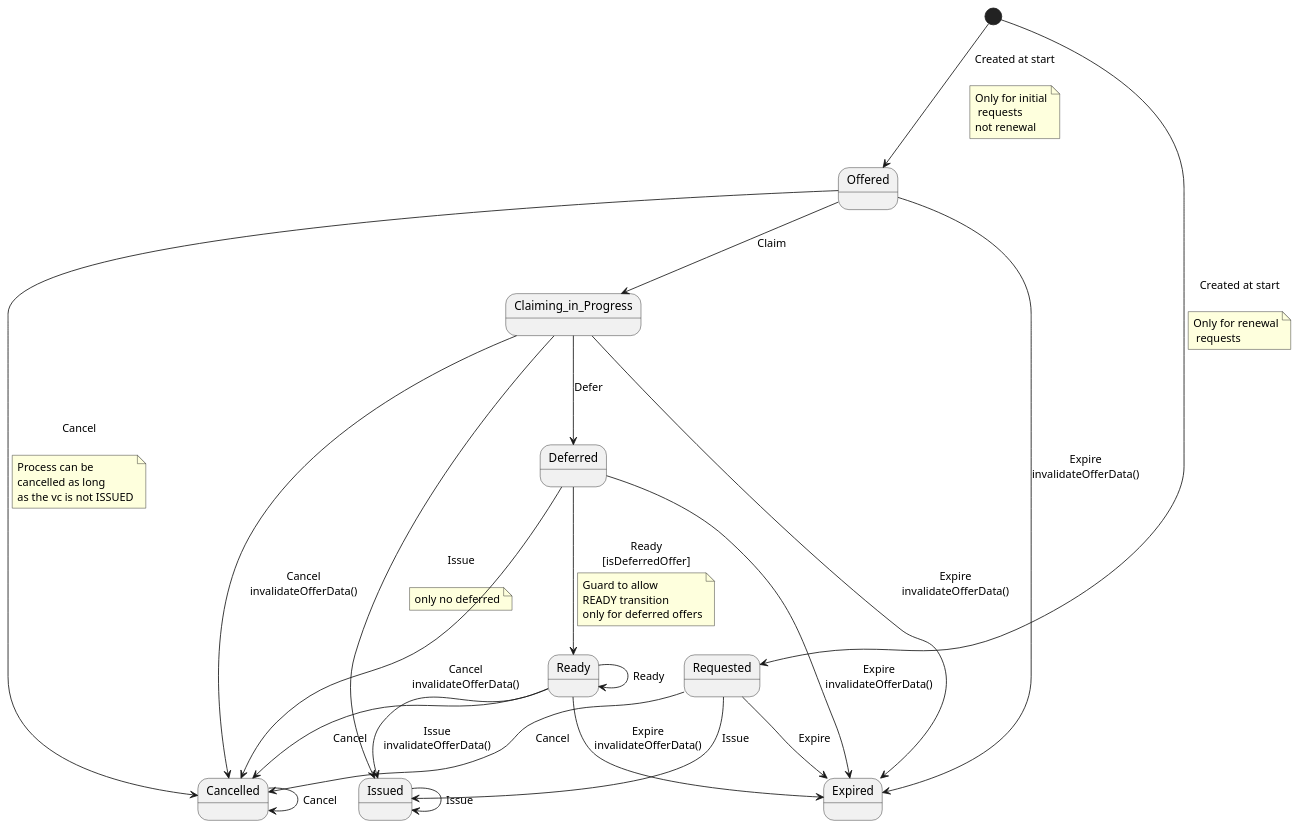
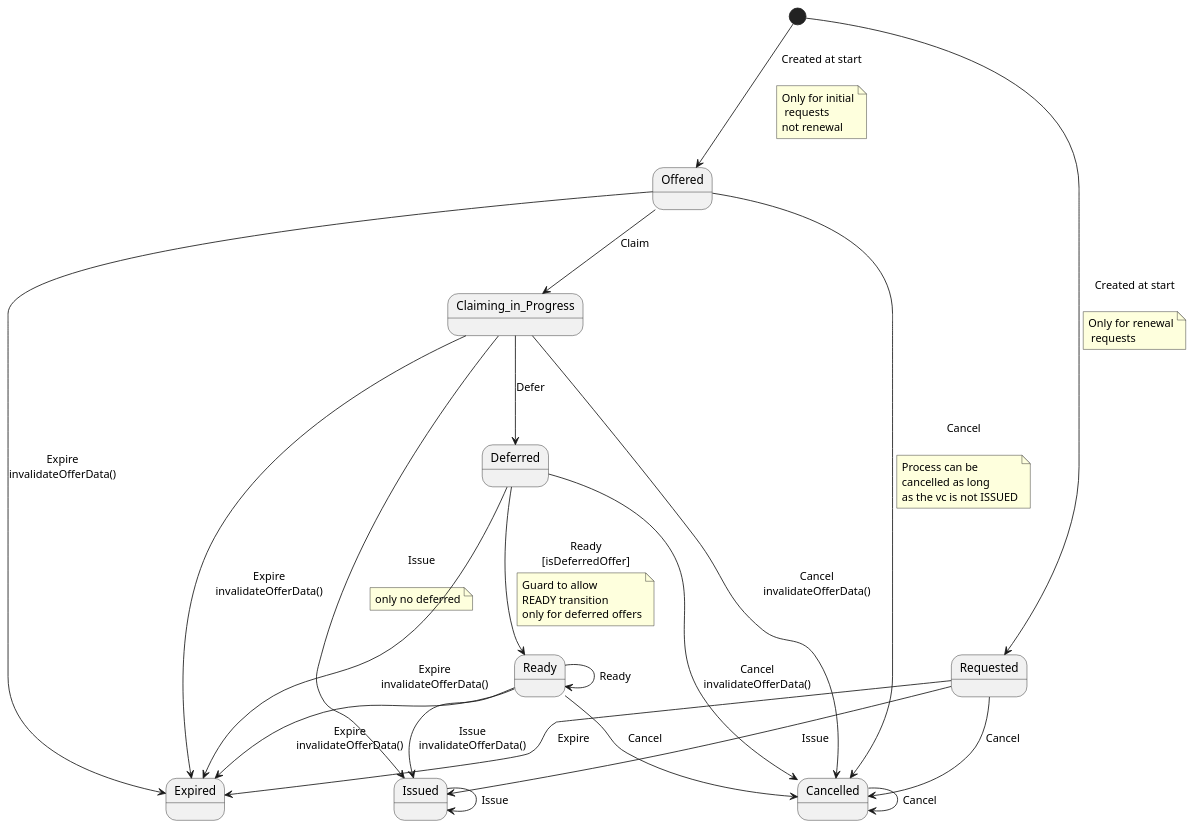
The diagram in issuer-service/src/main/resources/plantuml/credentialOfferStateMachine.puml (swiyu-admin-ch/swiyu-issuer), drawn with PlantUML before and after one commit. The commit also changed other lines of this file and 11 other files, not shown here.

```diff
--- a/issuer-service/src/main/resources/plantuml/credentialOfferStateMachine.puml
+++ b/issuer-service/src/main/resources/plantuml/credentialOfferStateMachine.puml
@@ -1,58 +1,58 @@
 @startuml
+state Offered
+state Requested
+state Ready
 state Expired
-state Requested
+state Claiming_in_Progress
+state Issued
 state Deferred
-state Issued
-state Claiming_in_Progress
-state Ready
-state Offered
 state Cancelled
 [*] --> Offered : Created at start\n
 note on link
 Only for initial
  requests
 not renewal
 end note
 
 [*] --> Requested : Created at start\n
 note on link
 Only for renewal
  requests
 end note
 
 Requested --> Issued : Issue
 Requested --> Cancelled : Cancel
 Requested --> Expired : Expire
 Offered --> Cancelled : Cancel\n
 note on link
 Process can be
 cancelled as long
 as the vc is not ISSUED
 end note
 
 Offered --> Expired : Expire\ninvalidateOfferData()
 Offered --> Claiming_in_Progress : Claim
 Claiming_in_Progress --> Expired : Expire\ninvalidateOfferData()
 Claiming_in_Progress --> Deferred : Defer
 Claiming_in_Progress --> Issued : Issue\n
 note on link
 only no deferred
 end note
 
 Claiming_in_Progress --> Cancelled : Cancel\ninvalidateOfferData()
 Deferred --> Ready : Ready\n[isDeferredOffer]
 note on link
 Guard to allow
 READY transition
 only for deferred offers
 end note
 
 Deferred --> Expired : Expire\ninvalidateOfferData()
 Deferred --> Cancelled : Cancel\ninvalidateOfferData()
 Ready --> Issued : Issue\ninvalidateOfferData()
 Ready --> Expired : Expire\ninvalidateOfferData()
 Ready --> Cancelled : Cancel
 Ready --> Ready : Ready
 Issued --> Issued : Issue
 Cancelled --> Cancelled : Cancel
 @enduml
```
